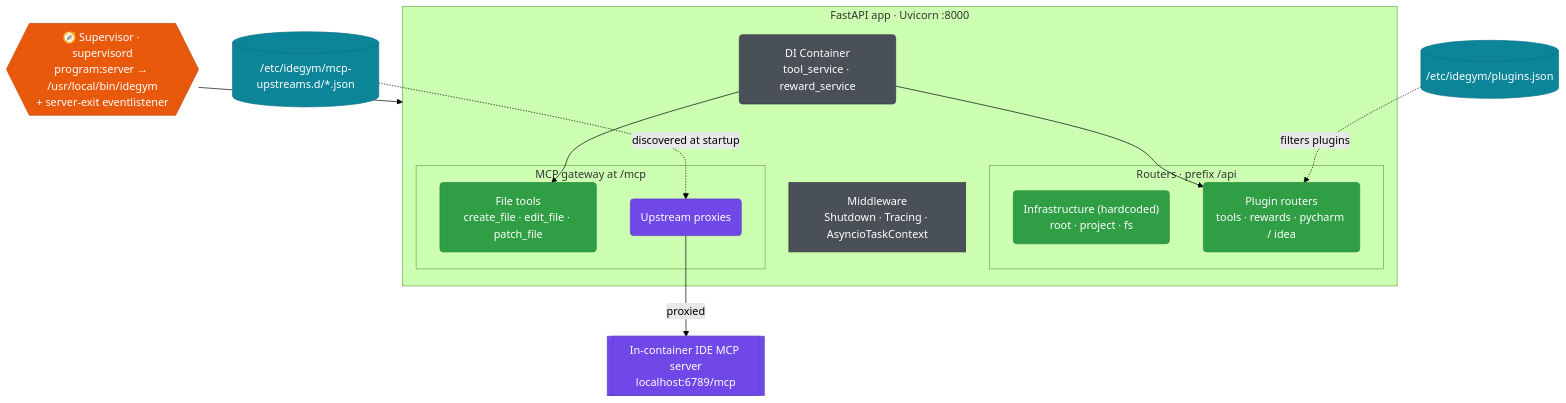
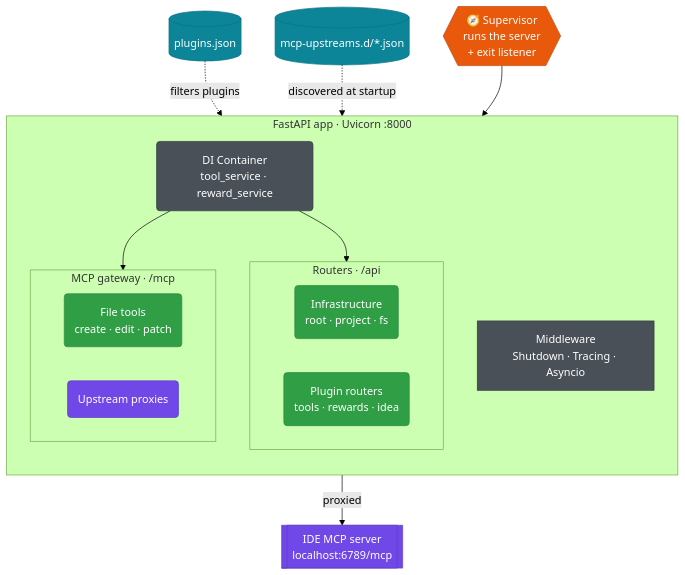
The diagram in website/docs/architecture/server.md (JetBrains-Research/idegym), drawn with Mermaid (forest theme) before and after one commit. The commit also changed 3 other files, not shown here.

First line of the commit message:
[JBRes-9938] fix misleading cursor + un-stretch wide diagrams

````diff
--- a/website/docs/architecture/server.md
+++ b/website/docs/architecture/server.md
@@ -14,41 +14,44 @@
 ```mermaid
 flowchart TB
-    sup{{"🧭 Supervisor · supervisord<br/>program:server → /usr/local/bin/idegym<br/>+ server-exit eventlistener"}}:::ctrl
+    sup{{"🧭 Supervisor<br/>runs the server<br/>+ exit listener"}}:::ctrl
 
     subgraph app["FastAPI app · Uvicorn :8000"]
-        mw["Middleware<br/>Shutdown · Tracing · AsyncioTaskContext"]:::infra
+        direction TB
+        mw["Middleware<br/>Shutdown · Tracing · Asyncio"]:::infra
         di("DI Container<br/>tool_service · reward_service"):::infra
-        subgraph routers["Routers · prefix /api"]
-            rinfra("Infrastructure (hardcoded)<br/>root · project · fs"):::tool
-            plug("Plugin routers<br/>tools · rewards · pycharm / idea"):::tool
+        subgraph routers["Routers · /api"]
+            direction LR
+            rinfra("Infrastructure<br/>root · project · fs"):::tool
+            plug("Plugin routers<br/>tools · rewards · idea"):::tool
         end
-        subgraph mcp["MCP gateway at /mcp"]
-            ftools("File tools<br/>create_file · edit_file · patch_file"):::tool
+        subgraph mcp["MCP gateway · /mcp"]
+            direction LR
+            ftools("File tools<br/>create · edit · patch"):::tool
             proxy("Upstream proxies"):::pod
         end
     end
 
-    upstreams[("/etc/idegym/mcp-upstreams.d/*.json")]:::store
-    pjson[("/etc/idegym/plugins.json")]:::store
-    ide[["In-container IDE MCP server<br/>localhost:6789/mcp"]]:::pod
+    upstreams[("mcp-upstreams.d/*.json")]:::store
+    pjson[("plugins.json")]:::store
+    ide[["IDE MCP server<br/>localhost:6789/mcp"]]:::pod
 
     sup --> app
     pjson -.->|"filters plugins"| plug
     di --> plug
     di --> ftools
     upstreams -.->|"discovered at startup"| proxy
     proxy -->|"proxied"| ide
 
     click sup "https://github.com/JetBrains-Research/idegym/blob/main/supervisord.conf" "supervisord.conf"
     click rinfra "https://github.com/JetBrains-Research/idegym/blob/main/server/main.py" "server/main.py — app assembly"
     click plug "https://github.com/JetBrains-Research/idegym/blob/main/plugins/defaults/src/idegym/plugins/defaults/server.py" "default server plugins"
     click ftools "https://github.com/JetBrains-Research/idegym/blob/main/server/mcp_proxy.py" "MCP gateway source"
     click proxy "https://github.com/JetBrains-Research/idegym/blob/main/server/mcp_proxy.py" "MCP gateway source"
     click di "https://github.com/JetBrains-Research/idegym/blob/main/server/dependencies.py" "DI container source"
 
     classDef ctrl fill:#e8590c,stroke:#c04405,color:#fff;
     classDef infra fill:#495057,stroke:#343a40,color:#fff;
     classDef tool fill:#2f9e44,stroke:#2b8a3e,color:#fff;
     classDef pod fill:#7048e8,stroke:#5f3dc4,color:#fff;
     classDef store fill:#0c8599,stroke:#0b7285,color:#fff;
 ```
````
